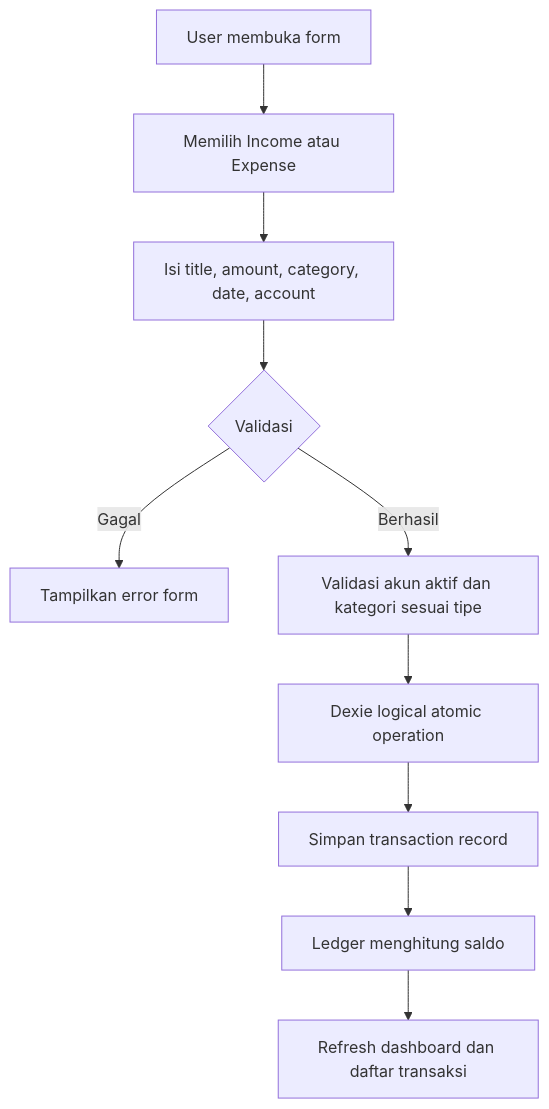
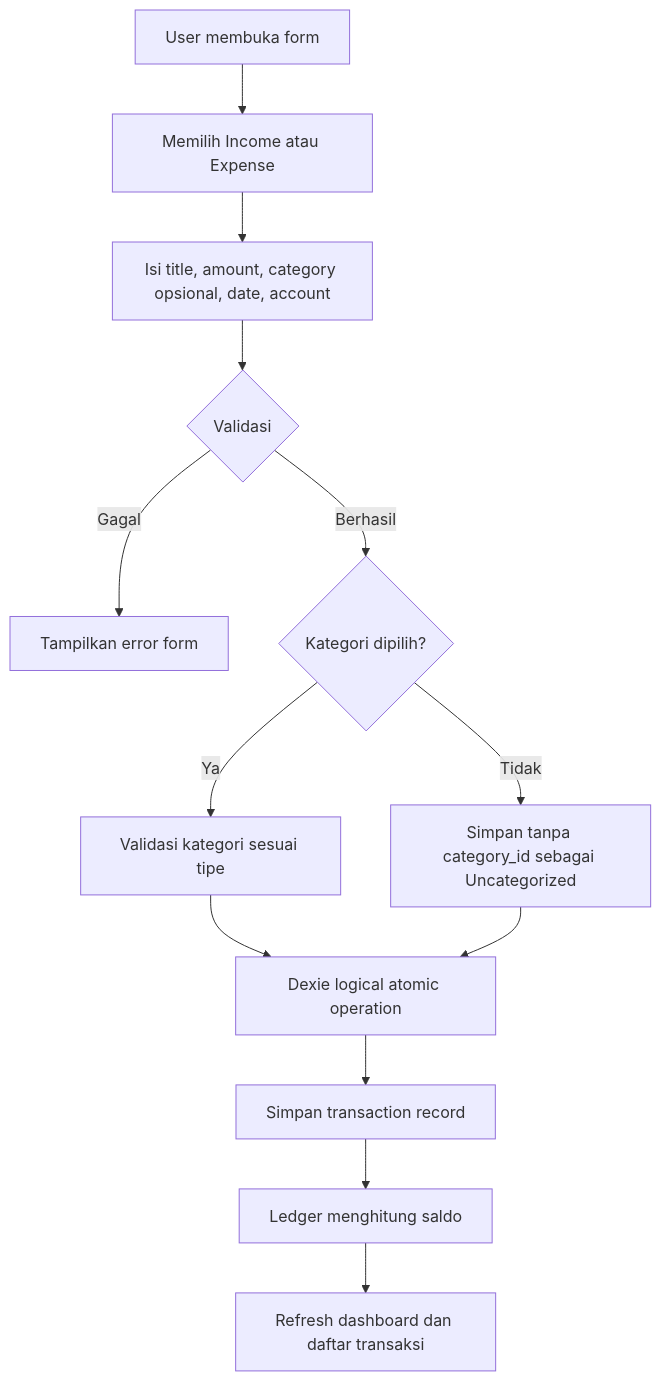
Before and after one commit to hilman-aprdi/peta-uang: the second of 5 diagrams in docs/design/afd.md, drawn with Mermaid. The commit also changed other lines of this file and 32 other files, not shown here.

````diff
--- a/docs/design/afd.md
+++ b/docs/design/afd.md
@@ -44,12 +52,15 @@
 ```mermaid
 flowchart TD
     A[User membuka form] --> B[Memilih Income atau Expense]
-    B --> C[Isi title, amount, category, date, account]
+    B --> C[Isi title, amount, category opsional, date, account]
     C --> D{Validasi}
     D -- Gagal --> E[Tampilkan error form]
-    D -- Berhasil --> F[Validasi akun aktif dan kategori sesuai tipe]
-    F --> G[Dexie logical atomic operation]
+    D -- Berhasil --> F{Kategori dipilih?}
+    F -- Ya --> F1[Validasi kategori sesuai tipe]
+    F -- Tidak --> F2[Simpan tanpa category_id sebagai Uncategorized]
+    F1 --> G[Dexie logical atomic operation]
+    F2 --> G
     G --> H[Simpan transaction record]
     H --> I[Ledger menghitung saldo]
     I --> J[Refresh dashboard dan daftar transaksi]
 ```
````
